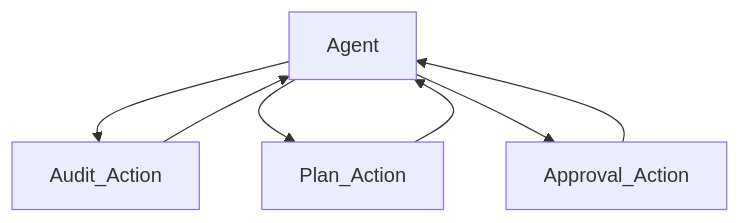
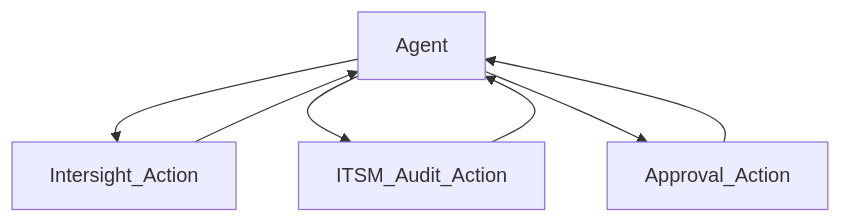
Before and after one commit to ciscoaiteam/CLUS25-BOGEN-1003: the diagram in demo03/Readme.md, drawn with Mermaid. The commit also changed other lines of this file, not shown here.

````diff
--- a/demo03/Readme.md
+++ b/demo03/Readme.md
@@ -23,9 +113,9 @@
-```mermaid
-graph TD;
-    Agent-->Audit_Action;
-    Agent-->Plan_Action;
-    Agent-->Approval_Action;
-    Approval_Action-->Agent;
-    Plan_Action-->Agent;
-    Audit_Action-->Agent;
-```
+    ```mermaid
+    graph TD;
+        Agent-->Intersight_Action;
+        Agent-->ITSM_Audit_Action;
+        Agent-->Approval_Action;
+        Intersight_Action-->Agent;
+        ITSM_Audit_Action-->Agent;
+        Approval_Action-->Agent;
+    ```
````
